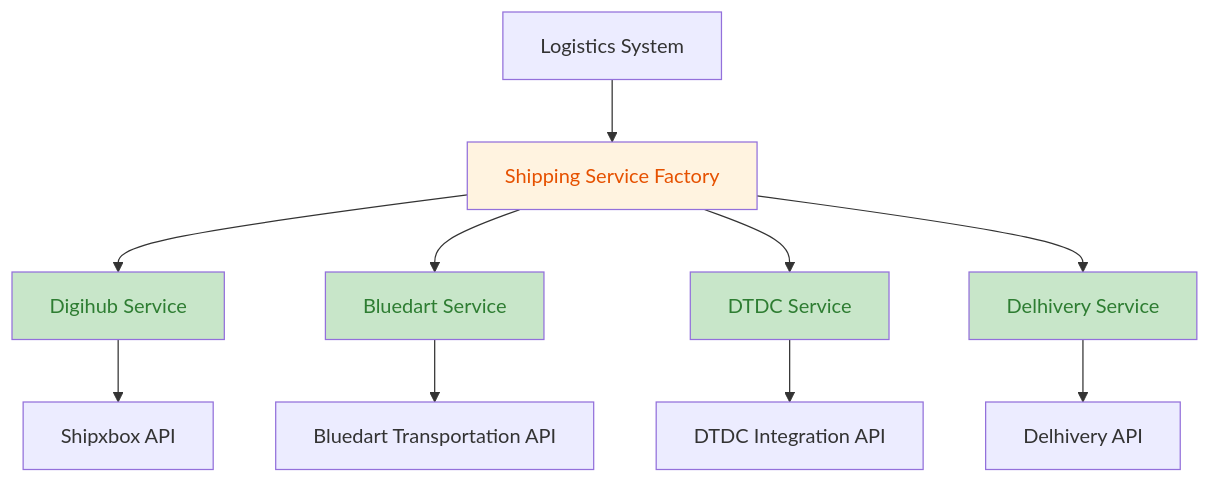
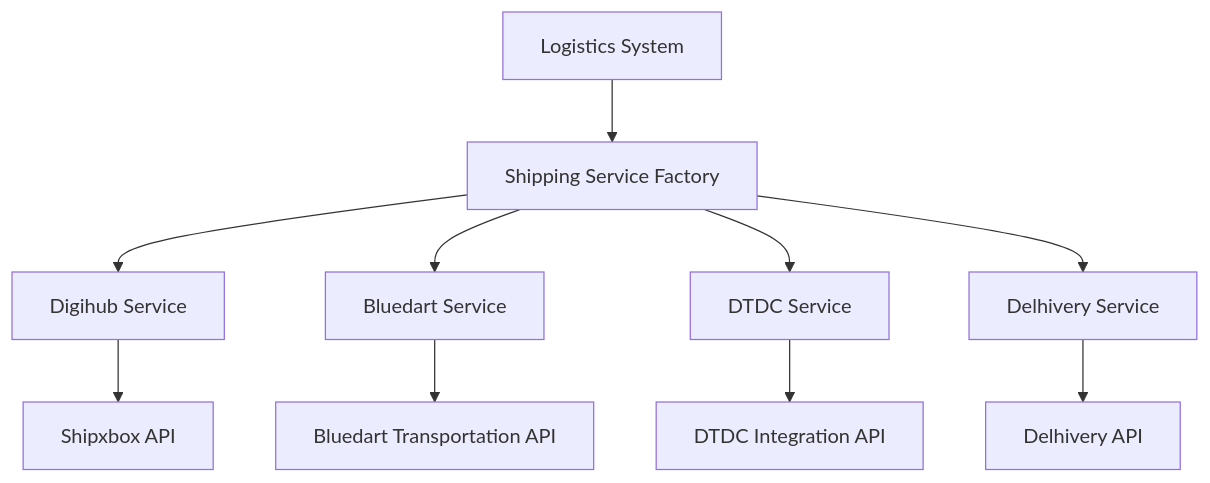
One commit to sandeepkumar0801/Digihub changed the fifth of 44 diagrams in README.md. Above: the diagram before and after it, drawn with Mermaid. The commit also changed other lines of this file, not shown here.

Commit message:
update diagram index

````diff
--- a/README.md
+++ b/README.md
@@ -739,19 +646,15 @@
 ```mermaid
 graph TD
     A[Logistics System] --> B[Shipping Service Factory]
     B --> C[Digihub Service]
     B --> D[Bluedart Service]
     B --> E[DTDC Service]
     B --> F[Delhivery Service]
 
     C --> G[Shipxbox API]
     D --> H[Bluedart Transportation API]
     E --> I[DTDC Integration API]
     F --> J[Delhivery API]
 
-    style B fill:#fff3e0,color:#e65100
-    style C fill:#c8e6c9,color:#2e7d32
-    style D fill:#c8e6c9,color:#2e7d32
-    style E fill:#c8e6c9,color:#2e7d32
-    style F fill:#c8e6c9,color:#2e7d32
+
 ```
````
